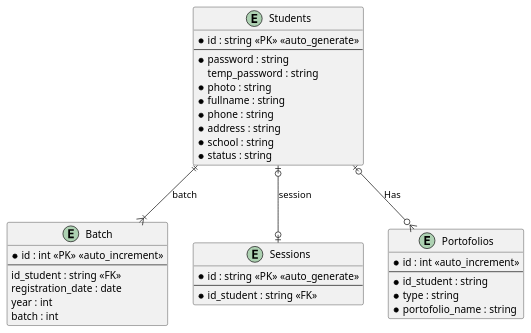
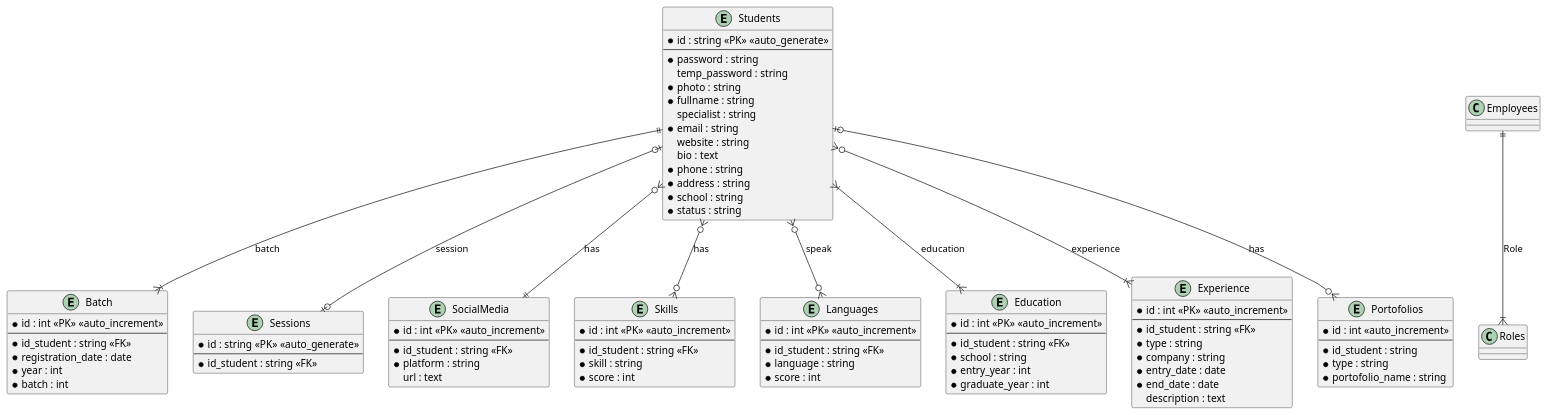
Before and after one commit to anom768/uqi_academy: the diagram in erd.puml, drawn with PlantUML. The commit also changed 70 other files, not shown here.

Commit message:
ADD - skill, language, education, experoence for student cv

```diff
--- a/erd.puml
+++ b/erd.puml
@@ -1,61 +1,114 @@
 @startuml
 
 entity Students {
     *id : string <<PK>> <<auto_generate>>
     --
     *password : string
     temp_password : string
     *photo : string
     *fullname : string
+    specialist : string
+    *email : string
+    website : string
+    bio : text
     *phone : string
     *address : string
     *school : string
     *status : string
 }
 
 entity Batch {
     *id : int <<PK>> <<auto_increment>>
     --
-    id_student : string <<FK>>
-    registration_date : date
-    year : int
-    batch : int
+    *id_student : string <<FK>>
+    *registration_date : date
+    *year : int
+    *batch : int
 }
 
 entity Sessions {
     *id : string <<PK>> <<auto_generate>>
     --
     *id_student : string <<FK>>
+}
+
+entity SocialMedia {
+    *id : int <<PK>> <<auto_increment>>
+    --
+    *id_student : string <<FK>>
+    *platform : string
+    url : text
+}
+
+entity Skills {
+    *id : int <<PK>> <<auto_increment>>
+    --
+    *id_student : string <<FK>>
+    *skill : string
+    *score : int
+}
+
+entity Languages {
+    *id : int <<PK>> <<auto_increment>>
+    --
+    *id_student : string <<FK>>
+    *language : string
+    *score : int
+}
+
+entity Education {
+    *id : int <<PK>> <<auto_increment>>
+    --
+    *id_student : string <<FK>>
+    *school : string
+    *entry_year : int
+    *graduate_year : int
+}
+
+entity Experience {
+    *id : int <<PK>> <<auto_increment>>
+    --
+    *id_student : string <<FK>>
+    *type : string
+    *company : string
+    *entry_date : date
+    *end_date : date
+    description : text
 }
 
 ' entity Employees {
 '     *id : string <<PK>> <<auto_generate>>
 '     --
 '     *photo : string
 '     *fullname : string
 '     *phone : string
 '     *email : string
 '     *address : string
 '     *id_role : int <<FK>>
 ' }
 
 ' entity Roles {
 '     *id : int <<auto_increment>>
 '     --
 '     *role : string
 ' }
 
 entity Portofolios {
     *id : int <<auto_increment>>
     --
     *id_student : string
     *type : string
     *portofolio_name : string
 }
 
-Students |o--o{ Portofolios : Has
+Students |o--o{ Portofolios : has
 Students ||--|{ Batch : batch
 Students |o--o| Sessions : session
-' Employees ||--|{ Roles : Role
+Students }o--|| SocialMedia : has
+Students }o--o{ Skills : has
+Students }o--o{ Languages : speak
+Students }|--|{ Education : education
+Students }o--|{ Experience : experience
+Employees ||--|{ Roles : Role
 
 @enduml
```
